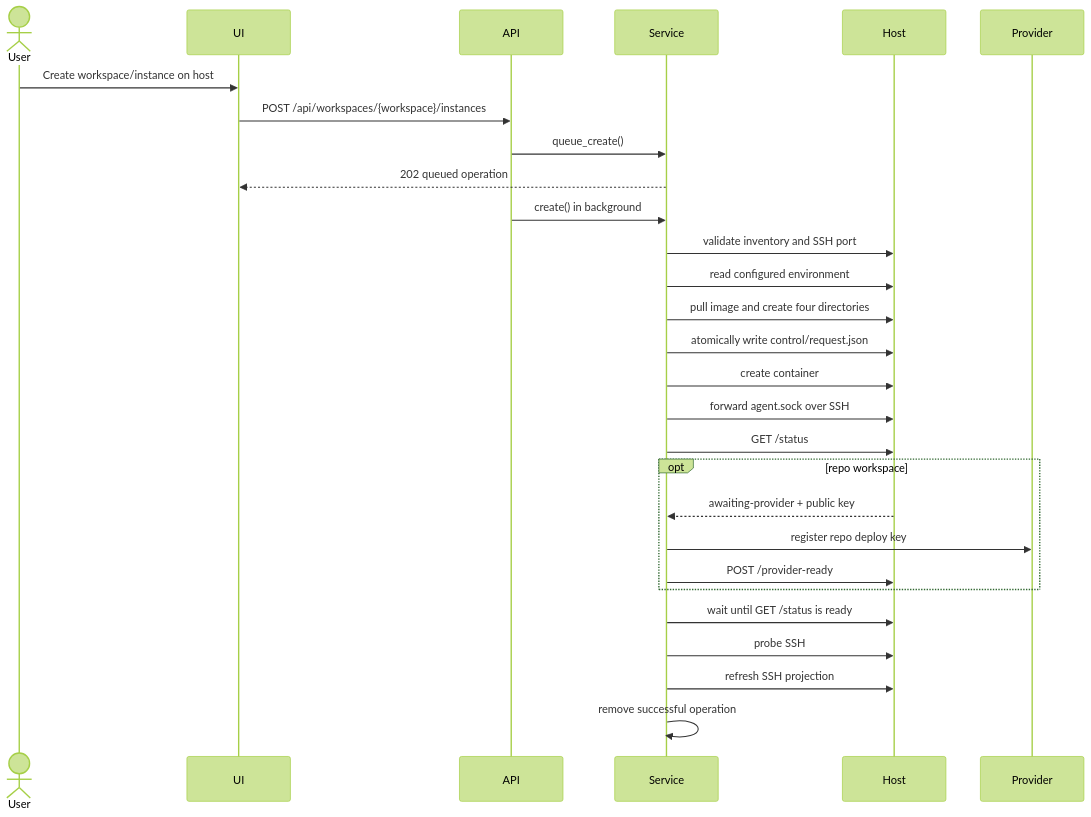
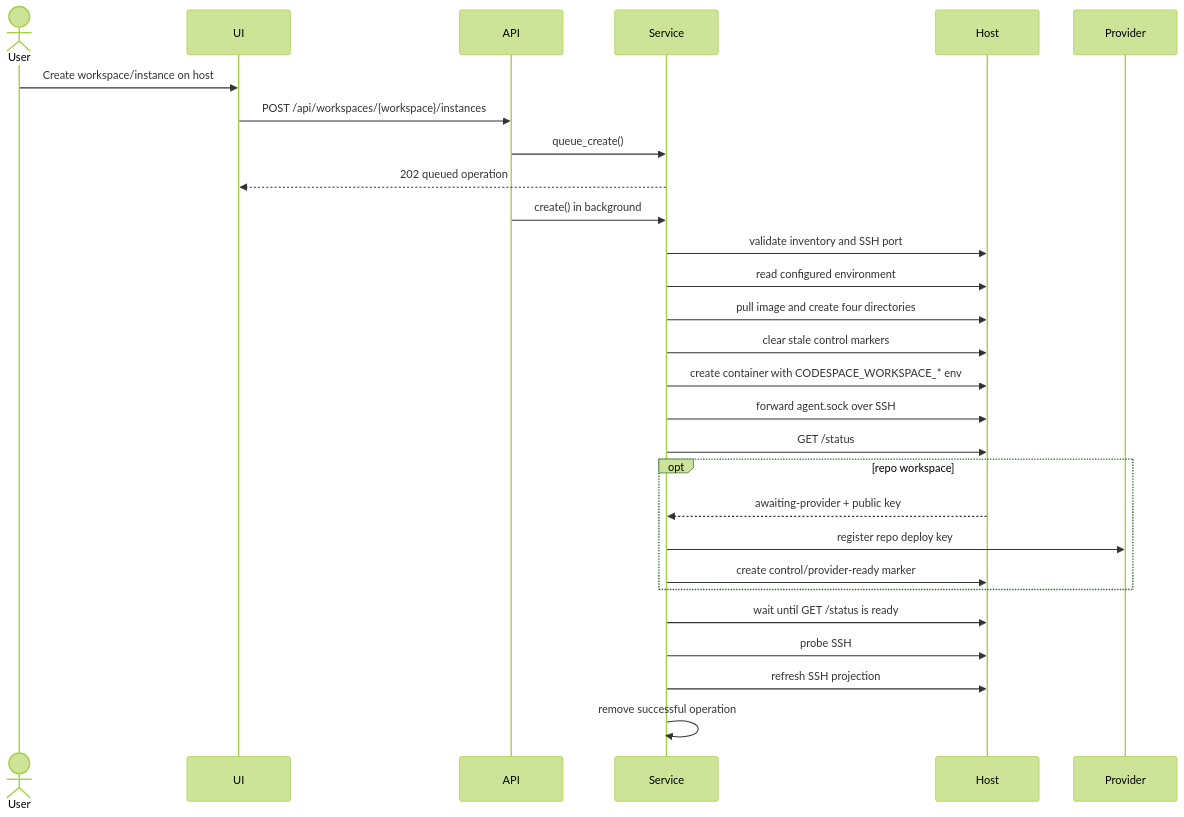
The sixth of 9 diagrams in controller/DESIGN.md (curoky/codespace), drawn with Mermaid (forest theme) before and after one commit. The commit also changed other lines of this file and 28 other files, not shown here.

````diff
--- a/controller/DESIGN.md
+++ b/controller/DESIGN.md
@@ -221,31 +221,31 @@
 ```mermaid
 sequenceDiagram
     actor User
     participant UI
     participant API
     participant Service
     participant Host
     participant Provider
 
     User->>UI: Create workspace/instance on host
     UI->>API: POST /api/workspaces/{workspace}/instances
     API->>Service: queue_create()
     Service-->>UI: 202 queued operation
     API->>Service: create() in background
     Service->>Host: validate inventory and SSH port
     Service->>Host: read configured environment
     Service->>Host: pull image and create four directories
-    Service->>Host: atomically write control/request.json
-    Service->>Host: create container
+    Service->>Host: clear stale control markers
+    Service->>Host: create container with CODESPACE_WORKSPACE_* env
     Service->>Host: forward agent.sock over SSH
     Service->>Host: GET /status
     opt repo workspace
         Host-->>Service: awaiting-provider + public key
         Service->>Provider: register repo deploy key
-        Service->>Host: POST /provider-ready
+        Service->>Host: create control/provider-ready marker
     end
     Service->>Host: wait until GET /status is ready
     Service->>Host: probe SSH
     Service->>Host: refresh SSH projection
     Service->>Service: remove successful operation
 ```
````
